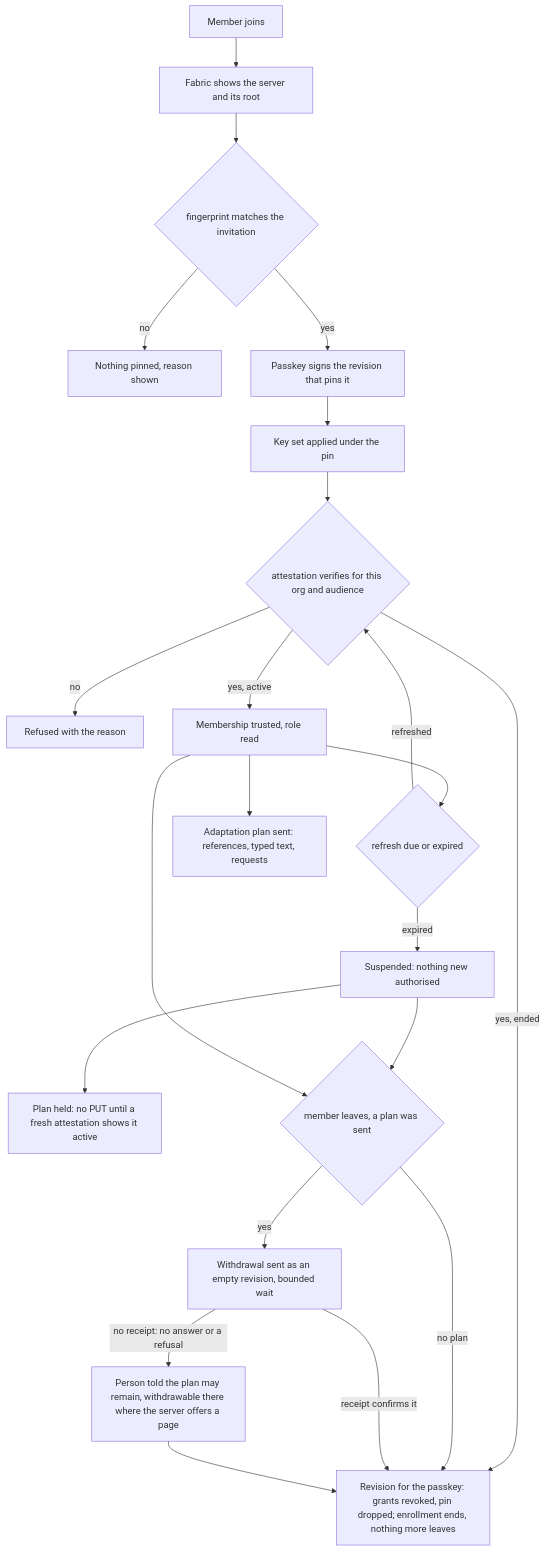
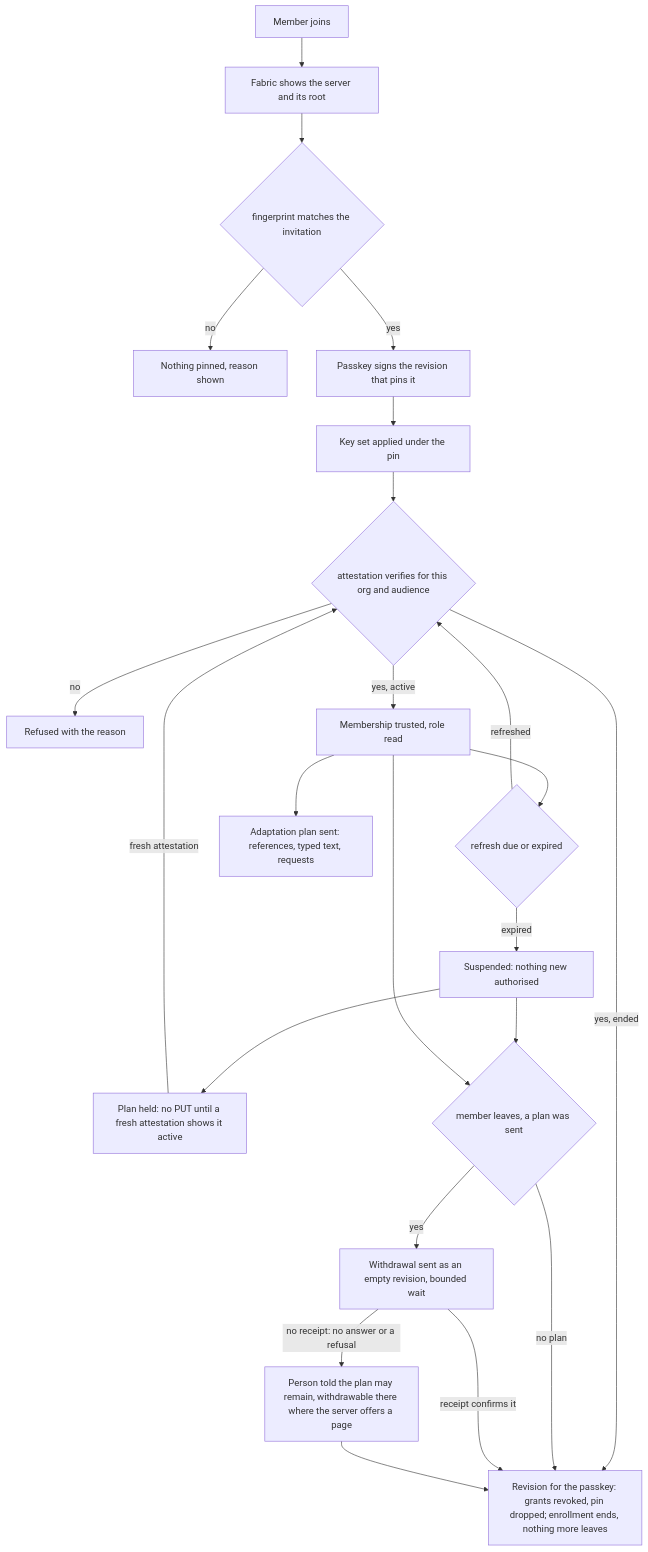
One commit to passioncode-ai/fabric-agent-contract changed diagram 32 of 32 in docs/ux/flows.md. Above: the diagram before and after it, drawn with Mermaid. The commit also changed 10 other files, not shown here.

````diff
--- a/docs/ux/flows.md
+++ b/docs/ux/flows.md
@@ -805,24 +805,25 @@
 ```mermaid
 flowchart TD
   J[Member joins] --> P[Fabric shows the server and its root]
   P --> C{fingerprint matches the invitation}
   C -->|no| N[Nothing pinned, reason shown]
   C -->|yes| S[Passkey signs the revision that pins it]
   S --> K[Key set applied under the pin]
   K --> A{attestation verifies for this org and audience}
   A -->|no| R[Refused with the reason]
   A -->|yes, active| T[Membership trusted, role read]
   A -->|yes, ended| E[Revision for the passkey: grants revoked, pin dropped; enrollment ends, nothing more leaves]
   T --> F{refresh due or expired}
   F -->|refreshed| A
   F -->|expired| U[Suspended: nothing new authorised]
   U --> H[Plan held: no PUT until a fresh attestation shows it active]
+  H -->|fresh attestation| A
   U --> L
   T --> D[Adaptation plan sent: references, typed text, requests]
   T --> L{member leaves, a plan was sent}
   L -->|no plan| E
   L -->|yes| W[Withdrawal sent as an empty revision, bounded wait]
   W -->|receipt confirms it| E
   W -->|no receipt: no answer or a refusal| M[Person told the plan may remain, withdrawable there where the server offers a page]
   M --> E
 ```
````
